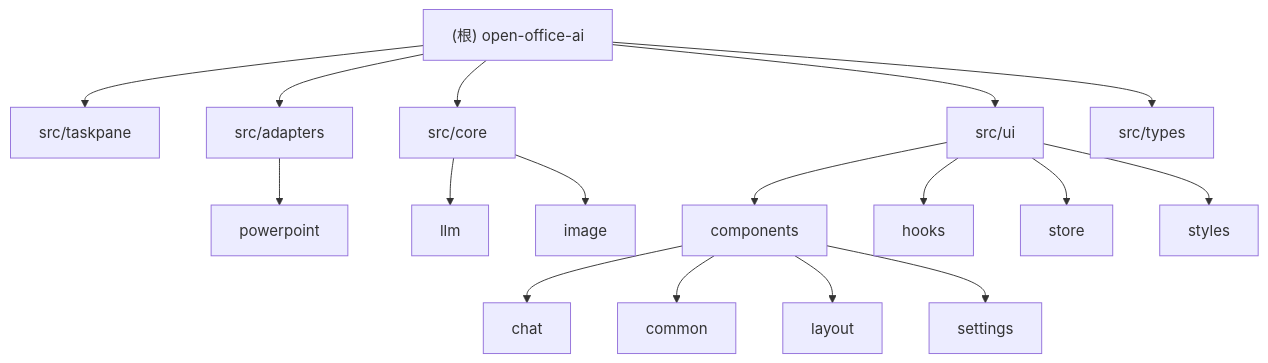
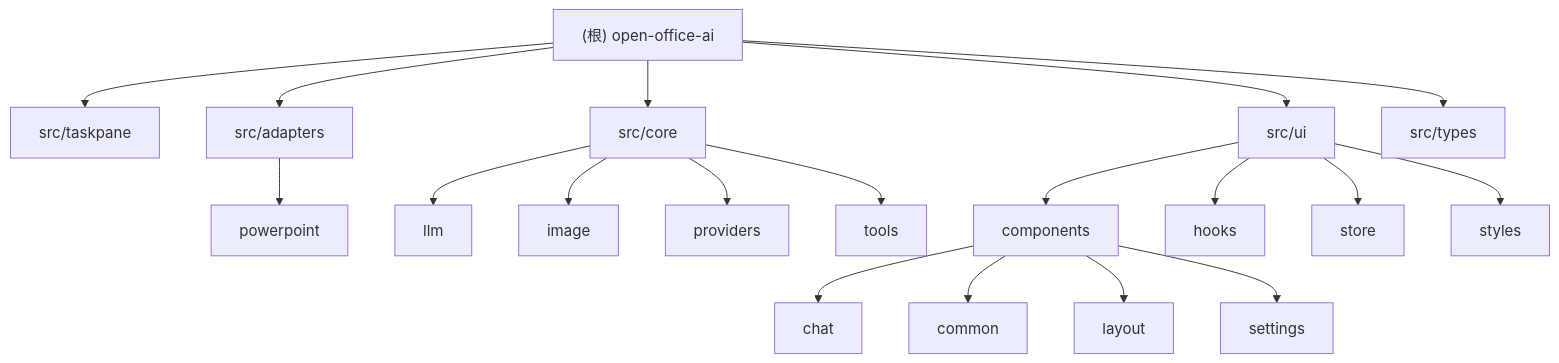
Before and after one commit to laojiu-666/open-office-ai: the diagram in CLAUDE.md, drawn with Mermaid. The commit also changed other lines of this file and 5 other files, not shown here.

First line of the commit message:
fix(ppt): 修复装饰图片插入失败和改进文本元素更新

````diff
--- a/CLAUDE.md
+++ b/CLAUDE.md
@@ -32,28 +34,30 @@
 ```mermaid
 graph TD
     A["(根) open-office-ai"] --> B["src/taskpane"]
     A --> C["src/adapters"]
     A --> D["src/core"]
     A --> E["src/ui"]
     A --> F["src/types"]
 
     C --> C1["powerpoint"]
     D --> D1["llm"]
     D --> D2["image"]
+    D --> D3["providers"]
+    D --> D4["tools"]
     E --> E1["components"]
     E --> E2["hooks"]
     E --> E3["store"]
     E --> E4["styles"]
 
     E1 --> E1a["chat"]
     E1 --> E1b["common"]
     E1 --> E1c["layout"]
     E1 --> E1d["settings"]
 
     click B "./src/taskpane/CLAUDE.md" "查看 taskpane 模块文档"
     click C1 "./src/adapters/powerpoint/CLAUDE.md" "查看 PowerPoint 适配器文档"
     click D1 "./src/core/llm/CLAUDE.md" "查看 LLM 模块文档"
     click D2 "./src/core/image/CLAUDE.md" "查看图片生成模块文档"
     click E "./src/ui/CLAUDE.md" "查看 UI 模块文档"
     click F "./src/types/CLAUDE.md" "查看类型定义文档"
 ```
````
